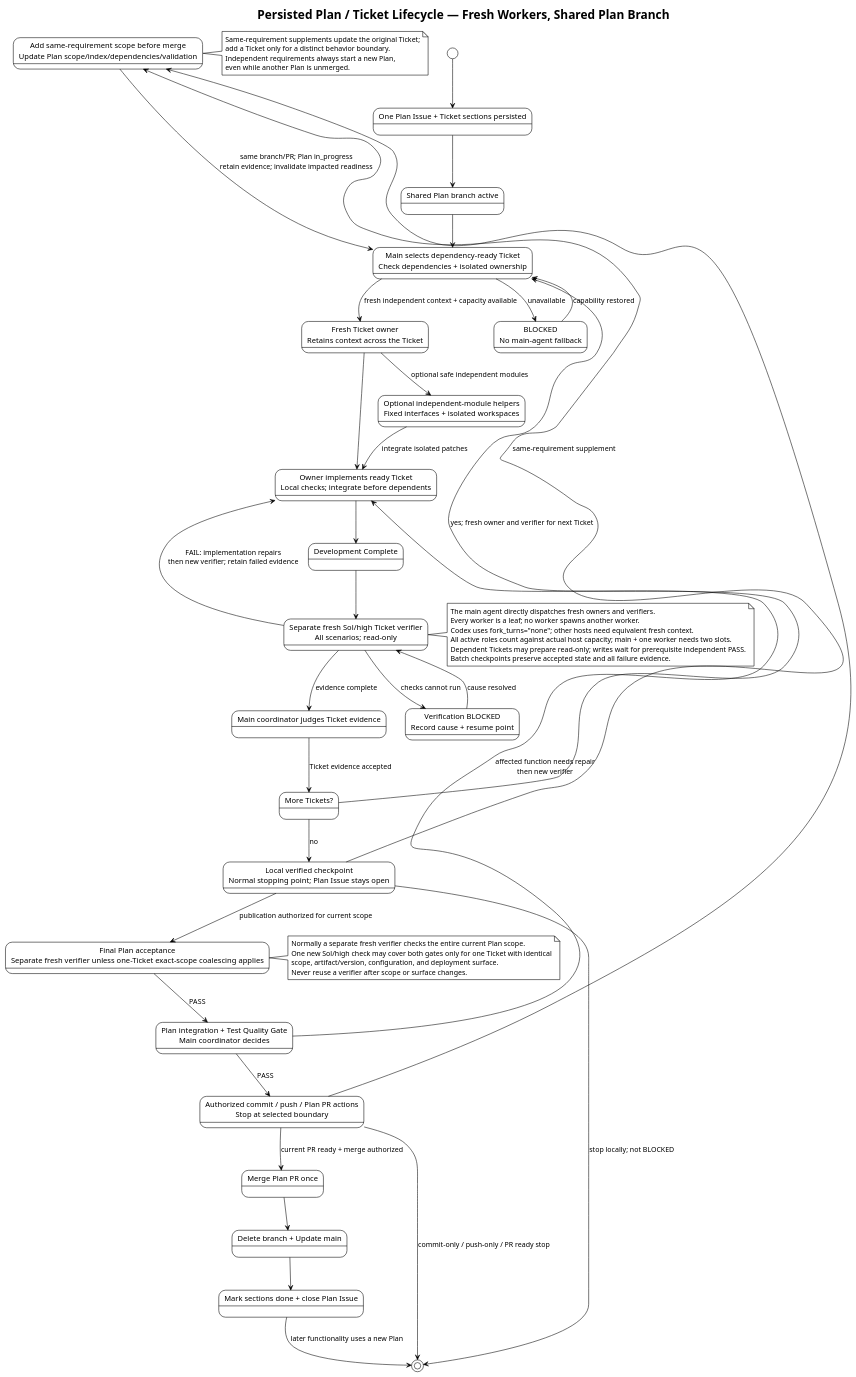
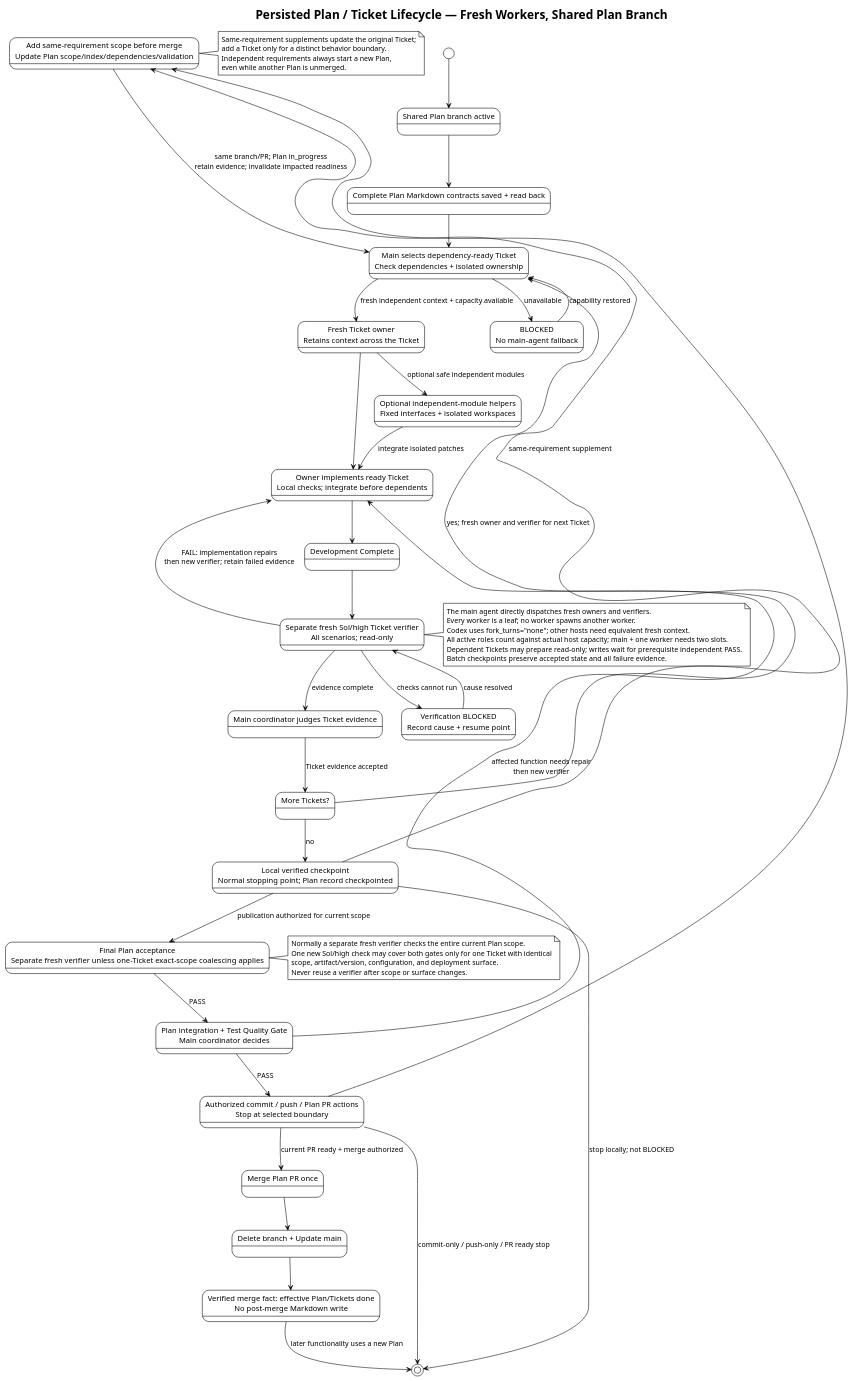
The diagram in docs/architecture/diagrams/ticket-lifecycle.puml (i-zrhe2016/codex-development-workflow), drawn with PlantUML before and after one commit. The commit also changed 38 other files, not shown here.

Commit message:
docs(workflow): adopt Markdown Plan records

```diff
--- a/docs/architecture/diagrams/ticket-lifecycle.puml
+++ b/docs/architecture/diagrams/ticket-lifecycle.puml
@@ -1,84 +1,84 @@
 @startuml
 !theme plain
 top to bottom direction
 skinparam shadowing false
 skinparam defaultFontName Arial
 
 title Persisted Plan / Ticket Lifecycle — Fresh Workers, Shared Plan Branch
 
-state "One Plan Issue + Ticket sections persisted" as persisted
+state "Complete Plan Markdown contracts saved + read back" as persisted
 state "Shared Plan branch active" as branch
 state "Main selects dependency-ready Ticket\nCheck dependencies + isolated ownership" as select
 state "Fresh Ticket owner\nRetains context across the Ticket" as ticket_owner
 state "Owner implements ready Ticket\nLocal checks; integrate before dependents" as implement
 state "Optional independent-module helpers\nFixed interfaces + isolated workspaces" as module_helpers
 state "Development Complete" as developed
 state "Separate fresh Sol/high Ticket verifier\nAll scenarios; read-only" as verify
 state "Main coordinator judges Ticket evidence" as accepted
 state "More Tickets?" as more
-state "Local verified checkpoint\nNormal stopping point; Plan Issue stays open" as local
+state "Local verified checkpoint\nNormal stopping point; Plan record checkpointed" as local
 state "Add same-requirement scope before merge\nUpdate Plan scope/index/dependencies/validation" as expand
 state "Final Plan acceptance\nSeparate fresh verifier unless one-Ticket exact-scope coalescing applies" as final_verify
 state "Plan integration + Test Quality Gate\nMain coordinator decides" as gate
 state "Authorized commit / push / Plan PR actions\nStop at selected boundary" as publish
 state "Merge Plan PR once" as merge
 state "Delete branch + Update main" as cleanup
-state "Mark sections done + close Plan Issue" as done
+state "Verified merge fact: effective Plan/Tickets done\nNo post-merge Markdown write" as done
 state "BLOCKED\nNo main-agent fallback" as blocked
 state "Verification BLOCKED\nRecord cause + resume point" as verify_blocked
 
-[*] --> persisted
-persisted -down-> branch
-branch -down-> select
+[*] --> branch
+branch -down-> persisted
+persisted -down-> select
 select -down-> ticket_owner : fresh independent context + capacity available
 select --> blocked : unavailable
 blocked -[norank]-> select : capability restored
 ticket_owner -down-> implement
 ticket_owner --> module_helpers : optional safe independent modules
 module_helpers --> implement : integrate isolated patches
 implement -down-> developed
 developed -down-> verify
 verify --> verify_blocked : checks cannot run
 verify_blocked -[norank]-> verify : cause resolved
 verify -down-> accepted : evidence complete
 verify -[norank]-> implement : FAIL: implementation repairs\nthen new verifier; retain failed evidence
 accepted -down-> more : Ticket evidence accepted
 more -[norank]-> select : yes; fresh owner and verifier for next Ticket
 more -down-> local : no
 local --> [*] : stop locally; not BLOCKED
 local -[norank]-> expand : same-requirement supplement
 publish -[norank]-> expand
 expand -[norank]-> select : same branch/PR; Plan in_progress\nretain evidence; invalidate impacted readiness
 local -down-> final_verify : publication authorized for current scope
 final_verify -down-> gate : PASS
 gate -[norank]-> implement : affected function needs repair\nthen new verifier
 gate -down-> publish : PASS
 publish --> [*] : commit-only / push-only / PR ready stop
 publish -down-> merge : current PR ready + merge authorized
 merge -down-> cleanup
 cleanup -down-> done
 done --> [*] : later functionality uses a new Plan
 
 note right of expand
 Same-requirement supplements update the original Ticket;
 add a Ticket only for a distinct behavior boundary.
 Independent requirements always start a new Plan,
 even while another Plan is unmerged.
 end note
 
 note right of verify
 The main agent directly dispatches fresh owners and verifiers.
 Every worker is a leaf; no worker spawns another worker.
 Codex uses fork_turns="none"; other hosts need equivalent fresh context.
 All active roles count against actual host capacity; main + one worker needs two slots.
 Dependent Tickets may prepare read-only; writes wait for prerequisite independent PASS.
 Batch checkpoints preserve accepted state and all failure evidence.
 end note
 
 note right of final_verify
 Normally a separate fresh verifier checks the entire current Plan scope.
 One new Sol/high check may cover both gates only for one Ticket with identical
 scope, artifact/version, configuration, and deployment surface.
 Never reuse a verifier after scope or surface changes.
 end note
 @enduml
```
